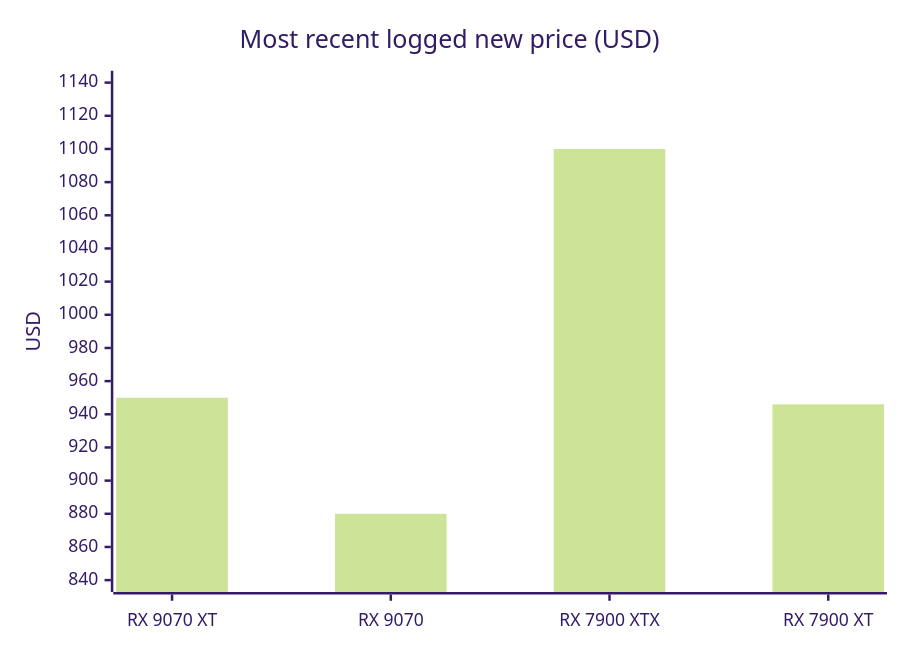
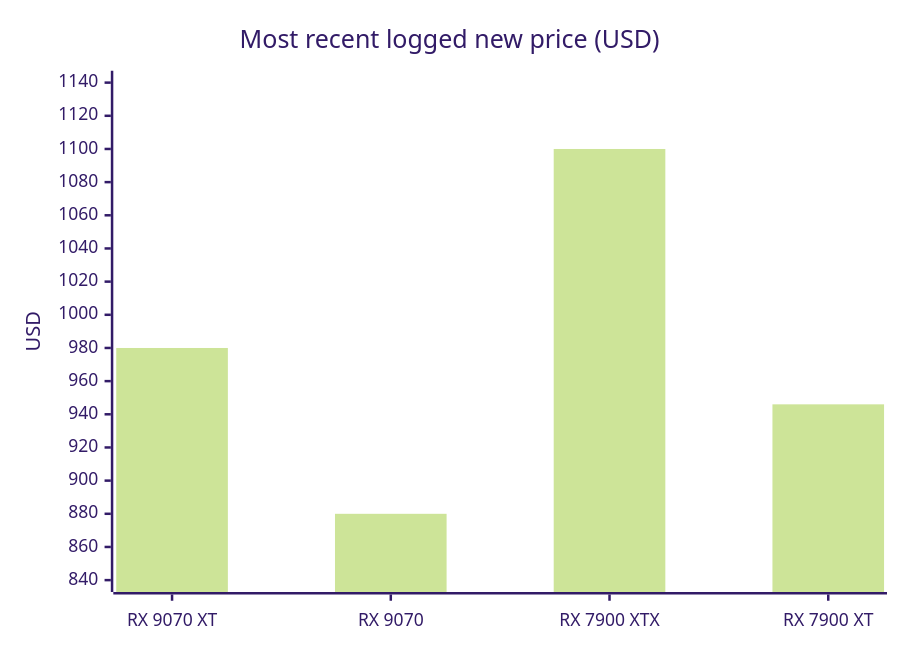
One commit to 7324136828/4tb_ssd_price_watch changed the tenth of 18 diagrams in README.md. Above: the diagram before and after it, drawn with Mermaid (forest theme). The commit also changed other lines of this file, not shown here.

````diff
--- a/README.md
+++ b/README.md
@@ -931,7 +983,7 @@
 ```mermaid
 xychart-beta
     title "Most recent logged new price (USD)"
     x-axis ["RX 9070 XT", "RX 9070", "RX 7900 XTX", "RX 7900 XT"]
     y-axis "USD" 840 --> 1140
-    bar [949.99, 879.99, 1099.99, 946.00]
+    bar [979.99, 879.99, 1099.99, 946.00]
 ```
````
